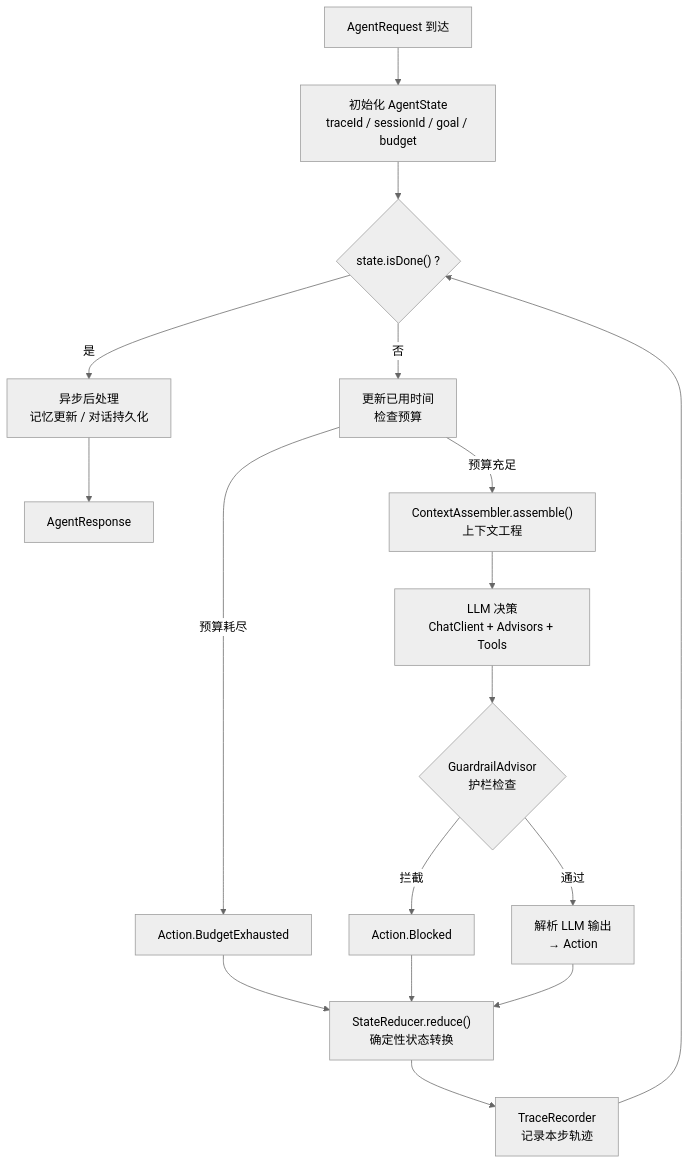
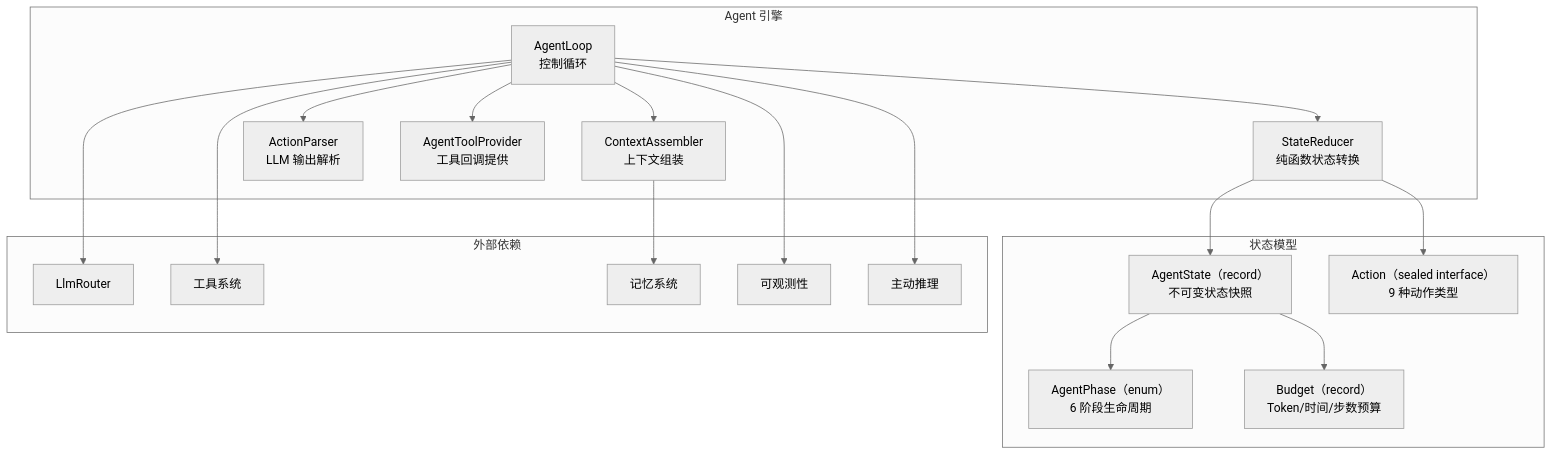
One commit to ntygod/LifePilot changed the first of 2 diagrams in docs/architecture/agent-engine.md. Above: the diagram before and after it, drawn with Mermaid (neutral theme). The commit also changed other lines of this file and 1 other file, not shown here.

Commit message:
docs(agent): 重写 agent-engine 架构文档和特性文档

````diff
--- a/docs/architecture/agent-engine.md
+++ b/docs/architecture/agent-engine.md
@@ -464,19 +13,39 @@
 ```mermaid
-flowchart TD
-    START["AgentRequest 到达"] --> INIT["初始化 AgentState<br/>traceId / sessionId / goal / budget"]
-    INIT --> LOOP_START{"state.isDone() ?"}
-    LOOP_START -->|"是"| POST["异步后处理<br/>记忆更新 / 对话持久化"]
-    LOOP_START -->|"否"| BUDGET_CHECK["更新已用时间<br/>检查预算"]
-    BUDGET_CHECK -->|"预算耗尽"| BUDGET_ACTION["Action.BudgetExhausted"]
-    BUDGET_CHECK -->|"预算充足"| ASSEMBLE["ContextAssembler.assemble()<br/>上下文工程"]
-    BUDGET_ACTION --> REDUCE
-    ASSEMBLE --> DECIDE["LLM 决策<br/>ChatClient + Advisors + Tools"]
-    DECIDE --> GUARDRAIL{"GuardrailAdvisor<br/>护栏检查"}
-    GUARDRAIL -->|"拦截"| BLOCKED["Action.Blocked"]
-    GUARDRAIL -->|"通过"| PARSE["解析 LLM 输出<br/>→ Action"]
-    BLOCKED --> REDUCE
-    PARSE --> REDUCE["StateReducer.reduce()<br/>确定性状态转换"]
-    REDUCE --> TRACE["TraceRecorder<br/>记录本步轨迹"]
-    TRACE --> LOOP_START
-    POST --> RESPONSE["AgentResponse"]
+graph TB
+    subgraph "Agent 引擎"
+        LOOP["AgentLoop<br/>控制循环"]
+        SR["StateReducer<br/>纯函数状态转换"]
+        CTX["ContextAssembler<br/>上下文组装"]
+        AP["ActionParser<br/>LLM 输出解析"]
+        TP["AgentToolProvider<br/>工具回调提供"]
+    end
+
+    subgraph "状态模型"
+        STATE["AgentState（record）<br/>不可变状态快照"]
+        PHASE["AgentPhase（enum）<br/>6 阶段生命周期"]
+        ACTION["Action（sealed interface）<br/>9 种动作类型"]
+        BUDGET["Budget（record）<br/>Token/时间/步数预算"]
+    end
+
+    subgraph "外部依赖"
+        LLM["LlmRouter"]
+        TOOL["工具系统"]
+        MEM["记忆系统"]
+        OBS["可观测性"]
+        PROACTIVE["主动推理"]
+    end
+
+    LOOP --> SR
+    LOOP --> CTX
+    LOOP --> AP
+    LOOP --> TP
+    SR --> STATE
+    STATE --> PHASE
+    SR --> ACTION
+    STATE --> BUDGET
+    LOOP --> LLM
+    LOOP --> TOOL
+    CTX --> MEM
+    LOOP --> OBS
+    LOOP --> PROACTIVE
 ```
````
